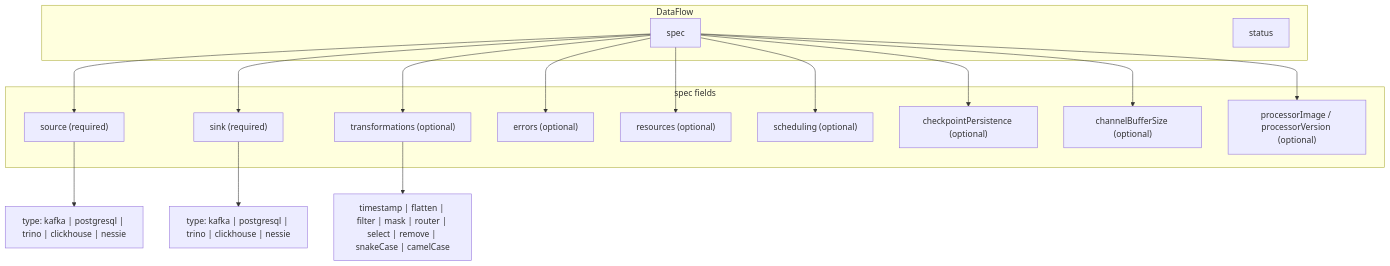
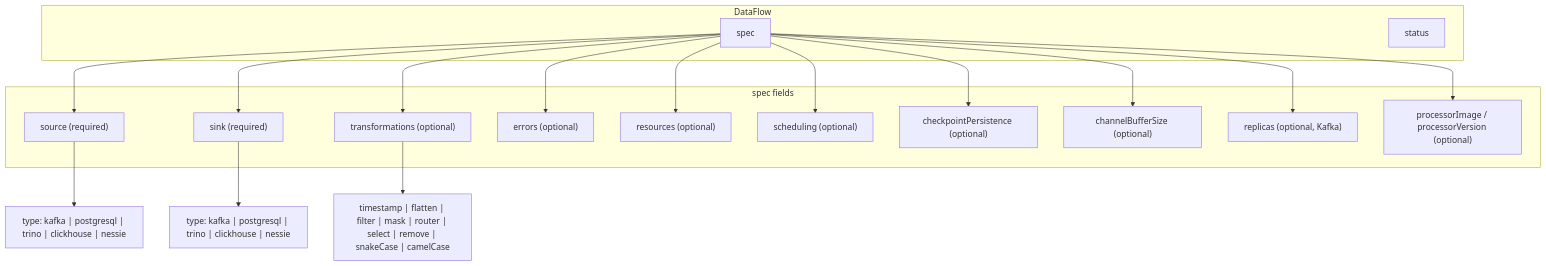
One commit to dataflow-operator/docs changed the second of 5 diagrams in docs/en/architecture.md. Above: the diagram before and after it, drawn with Mermaid. The commit also changed other lines of this file and 5 other files, not shown here.

````diff
--- a/docs/en/architecture.md
+++ b/docs/en/architecture.md
@@ -70,33 +71,35 @@
 ```mermaid
 flowchart TB
   subgraph DataFlow["DataFlow"]
     Spec["spec"]
     Status["status"]
   end
 
   subgraph SpecFields["spec fields"]
     Source["source (required)"]
     Sink["sink (required)"]
     Trans["transformations (optional)"]
     Errors["errors (optional)"]
     Resources["resources (optional)"]
     Scheduling["scheduling (optional)"]
     Checkpoint["checkpointPersistence (optional)"]
     ChannelBuffer["channelBufferSize (optional)"]
+    Replicas["replicas (optional, Kafka)"]
     Image["processorImage / processorVersion (optional)"]
   end
 
   Source --> SourceTypes["type: kafka | postgresql | trino | clickhouse | nessie"]
   Sink --> SinkTypes["type: kafka | postgresql | trino | clickhouse | nessie"]
   Trans --> TransTypes["timestamp | flatten | filter | mask | router | select | remove | snakeCase | camelCase"]
 
   Spec --> Source
   Spec --> Sink
   Spec --> Trans
   Spec --> Errors
   Spec --> Resources
   Spec --> Scheduling
   Spec --> Checkpoint
   Spec --> ChannelBuffer
+  Spec --> Replicas
   Spec --> Image
 ```
````
